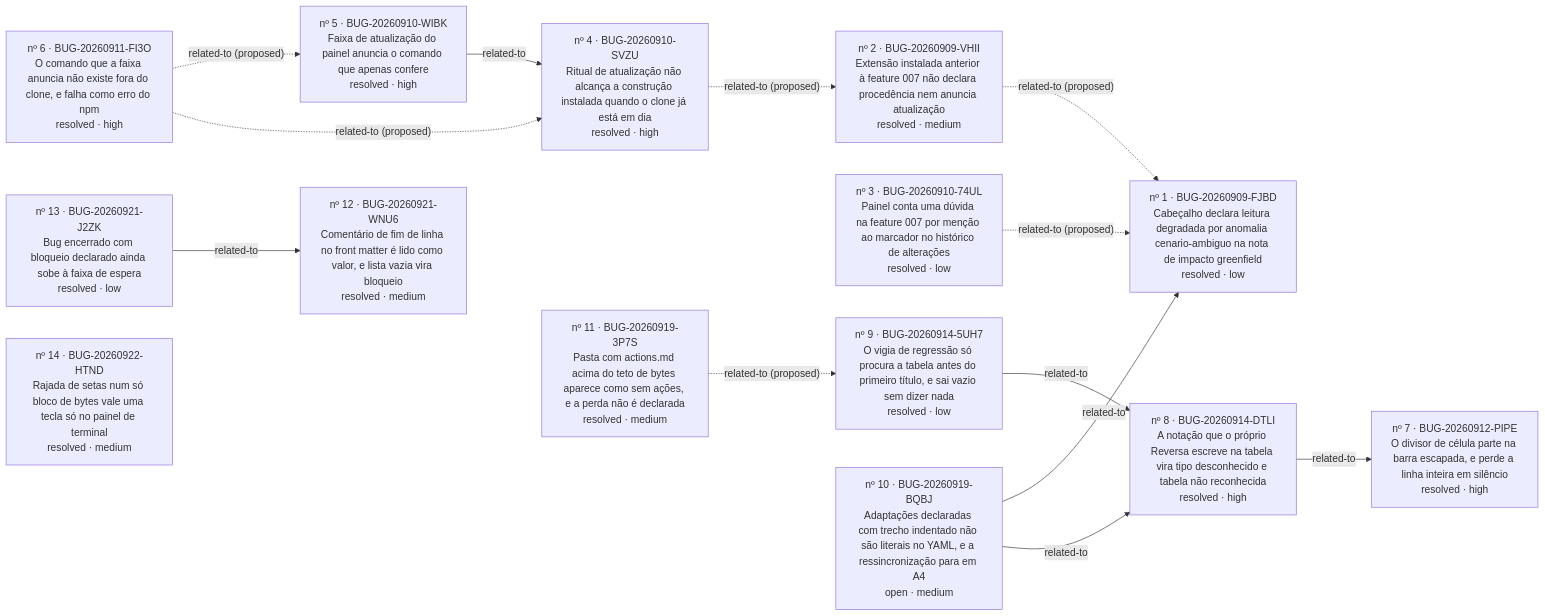
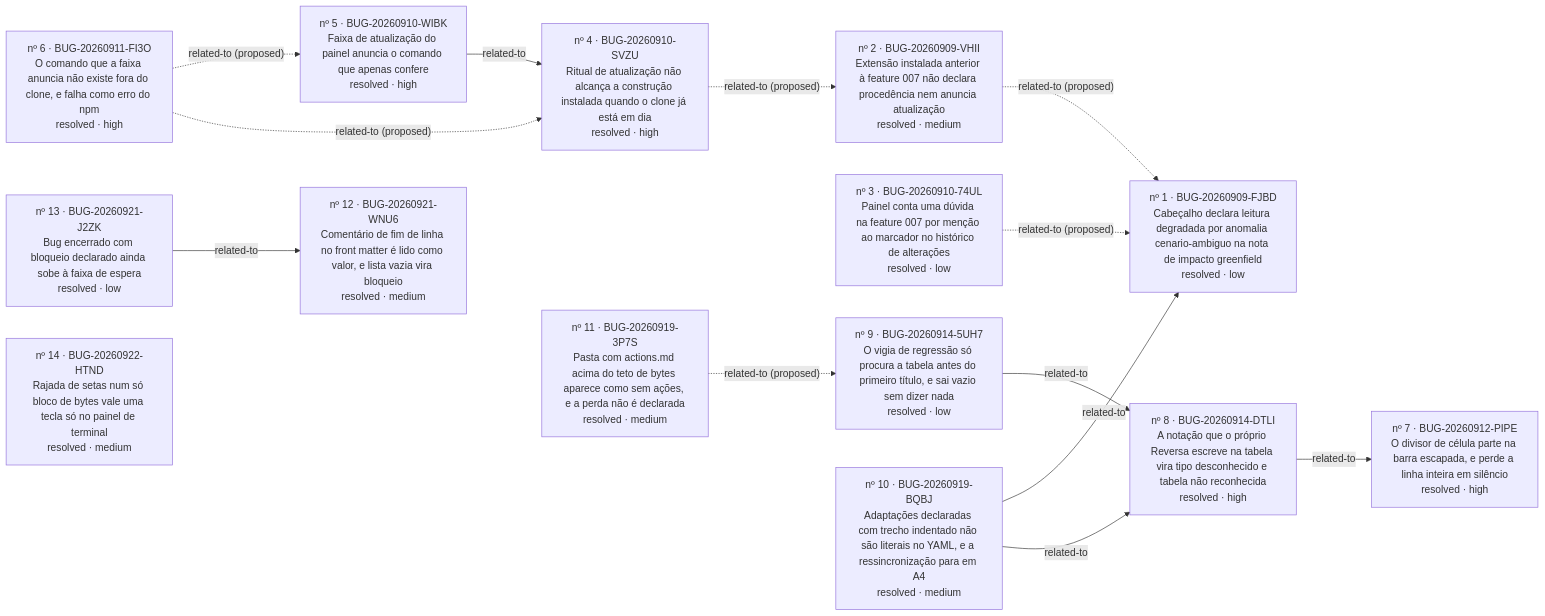
Before and after one commit to iago-leal/reversa-views: the diagram in _reversa_bugs/painel-do-processo/generated/graph.md, drawn with Mermaid. The commit also changed other lines of this file and 8 other files, not shown here.

````diff
--- a/_reversa_bugs/painel-do-processo/generated/graph.md
+++ b/_reversa_bugs/painel-do-processo/generated/graph.md
@@ -4,29 +4,29 @@
 ```mermaid
 graph LR
   BUG_20260909_FJBD["nº 1 · BUG-20260909-FJBD<br/>Cabeçalho declara leitura degradada por anomalia cenario-ambiguo na nota de impacto greenfield<br/>resolved · low"]
   BUG_20260909_VHII["nº 2 · BUG-20260909-VHII<br/>Extensão instalada anterior à feature 007 não declara procedência nem anuncia atualização<br/>resolved · medium"]
   BUG_20260910_74UL["nº 3 · BUG-20260910-74UL<br/>Painel conta uma dúvida na feature 007 por menção ao marcador no histórico de alterações<br/>resolved · low"]
   BUG_20260910_SVZU["nº 4 · BUG-20260910-SVZU<br/>Ritual de atualização não alcança a construção instalada quando o clone já está em dia<br/>resolved · high"]
   BUG_20260910_WIBK["nº 5 · BUG-20260910-WIBK<br/>Faixa de atualização do painel anuncia o comando que apenas confere<br/>resolved · high"]
   BUG_20260911_FI3O["nº 6 · BUG-20260911-FI3O<br/>O comando que a faixa anuncia não existe fora do clone, e falha como erro do npm<br/>resolved · high"]
   BUG_20260912_PIPE["nº 7 · BUG-20260912-PIPE<br/>O divisor de célula parte na barra escapada, e perde a linha inteira em silêncio<br/>resolved · high"]
   BUG_20260914_5UH7["nº 9 · BUG-20260914-5UH7<br/>O vigia de regressão só procura a tabela antes do primeiro título, e sai vazio sem dizer nada<br/>resolved · low"]
   BUG_20260914_DTLI["nº 8 · BUG-20260914-DTLI<br/>A notação que o próprio Reversa escreve na tabela vira tipo desconhecido e tabela não reconhecida<br/>resolved · high"]
   BUG_20260919_3P7S["nº 11 · BUG-20260919-3P7S<br/>Pasta com actions.md acima do teto de bytes aparece como sem ações, e a perda não é declarada<br/>resolved · medium"]
-  BUG_20260919_BQBJ["nº 10 · BUG-20260919-BQBJ<br/>Adaptações declaradas com trecho indentado não são literais no YAML, e a ressincronização para em A4<br/>open · medium"]
+  BUG_20260919_BQBJ["nº 10 · BUG-20260919-BQBJ<br/>Adaptações declaradas com trecho indentado não são literais no YAML, e a ressincronização para em A4<br/>resolved · medium"]
   BUG_20260921_J2ZK["nº 13 · BUG-20260921-J2ZK<br/>Bug encerrado com bloqueio declarado ainda sobe à faixa de espera<br/>resolved · low"]
   BUG_20260921_WNU6["nº 12 · BUG-20260921-WNU6<br/>Comentário de fim de linha no front matter é lido como valor, e lista vazia vira bloqueio<br/>resolved · medium"]
   BUG_20260922_HTND["nº 14 · BUG-20260922-HTND<br/>Rajada de setas num só bloco de bytes vale uma tecla só no painel de terminal<br/>resolved · medium"]
   BUG_20260909_VHII -. related-to (proposed) .-> BUG_20260909_FJBD
   BUG_20260910_74UL -. related-to (proposed) .-> BUG_20260909_FJBD
   BUG_20260910_SVZU -. related-to (proposed) .-> BUG_20260909_VHII
   BUG_20260910_WIBK -- related-to --> BUG_20260910_SVZU
   BUG_20260911_FI3O -. related-to (proposed) .-> BUG_20260910_WIBK
   BUG_20260911_FI3O -. related-to (proposed) .-> BUG_20260910_SVZU
   BUG_20260914_5UH7 -- related-to --> BUG_20260914_DTLI
   BUG_20260914_DTLI -- related-to --> BUG_20260912_PIPE
   BUG_20260919_3P7S -. related-to (proposed) .-> BUG_20260914_5UH7
   BUG_20260919_BQBJ -- related-to --> BUG_20260909_FJBD
   BUG_20260919_BQBJ -- related-to --> BUG_20260914_DTLI
   BUG_20260921_J2ZK -- related-to --> BUG_20260921_WNU6
 ```
````
